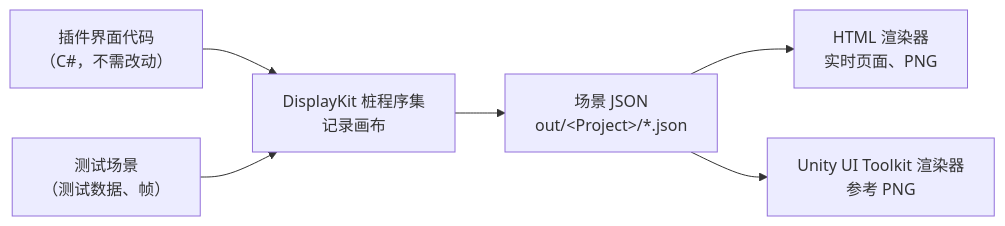
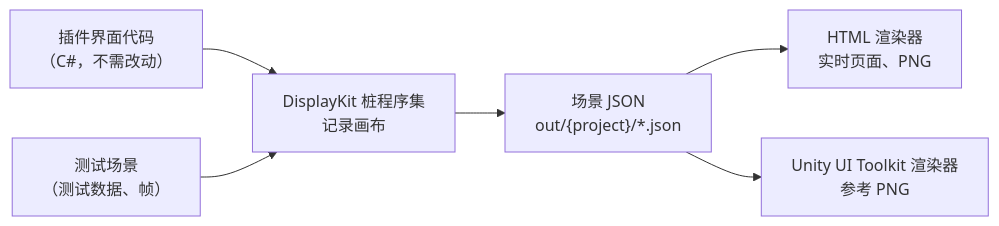
One commit to sl-plugins-cement/displaykit-preview changed the diagram in README.zh-CN.md. Above: the diagram before and after it, drawn with Mermaid. The commit also changed 1 other file, not shown here.

Commit message:
Show the scene path in the pipeline diagram

````diff
--- a/README.zh-CN.md
+++ b/README.zh-CN.md
@@ -12,8 +12,8 @@
 ```mermaid
 flowchart LR
     A["插件界面代码<br/>（C#，不需改动）"] --> B["DisplayKit 桩程序集<br/>记录画布"]
     S["测试场景<br/>（测试数据、帧）"] --> B
-    B --> J["场景 JSON<br/>out/&lt;Project&gt;/*.json"]
+    B --> J["场景 JSON<br/>out/{project}/*.json"]
     J --> H["HTML 渲染器<br/>实时页面、PNG"]
     J --> U["Unity UI Toolkit 渲染器<br/>参考 PNG"]
 ```
````
